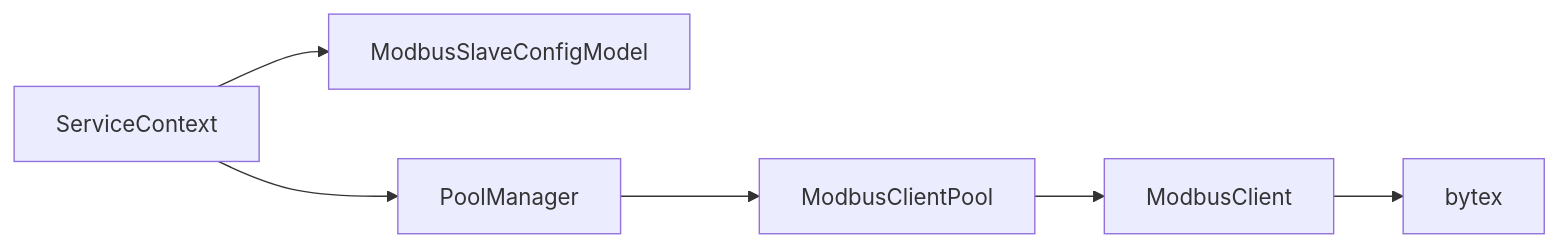
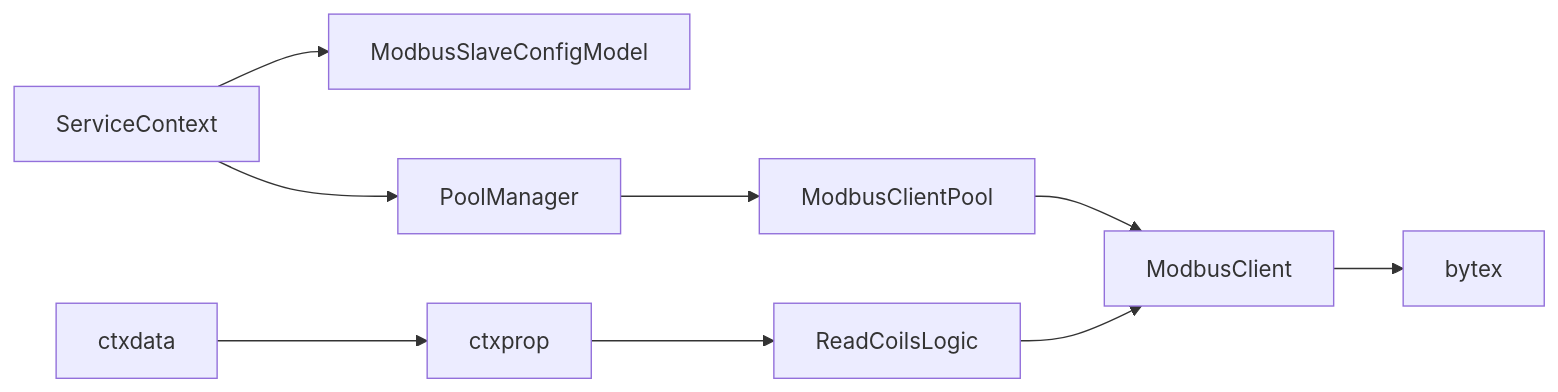
Before and after one commit to maomao94/zero-service: the fourth of 4 diagrams in .qoder/repowiki/zh/content/核心服务详解/Modbus 协议桥接服务/数据读写操作.md, drawn with Mermaid. The commit also changed other lines of this file and 11 other files, not shown here.

````diff
--- a/.qoder/repowiki/zh/content/核心服务详解/Modbus 协议桥接服务/数据读写操作.md
+++ b/.qoder/repowiki/zh/content/核心服务详解/Modbus 协议桥接服务/数据读写操作.md
@@ -306,8 +358,11 @@
 ```mermaid
 graph LR
 SVC["ServiceContext"] --> MCFG["ModbusSlaveConfigModel"]
 SVC --> PMGR["PoolManager"]
 PMGR --> POOL["ModbusClientPool"]
 POOL --> CLI["ModbusClient"]
 CLI --> BYT["bytex"]
+CTXDATA["ctxdata"] --> CTXPROP["ctxprop"]
+CTXPROP --> LOGIC["ReadCoilsLogic"]
+LOGIC --> CLI
 ```
````
